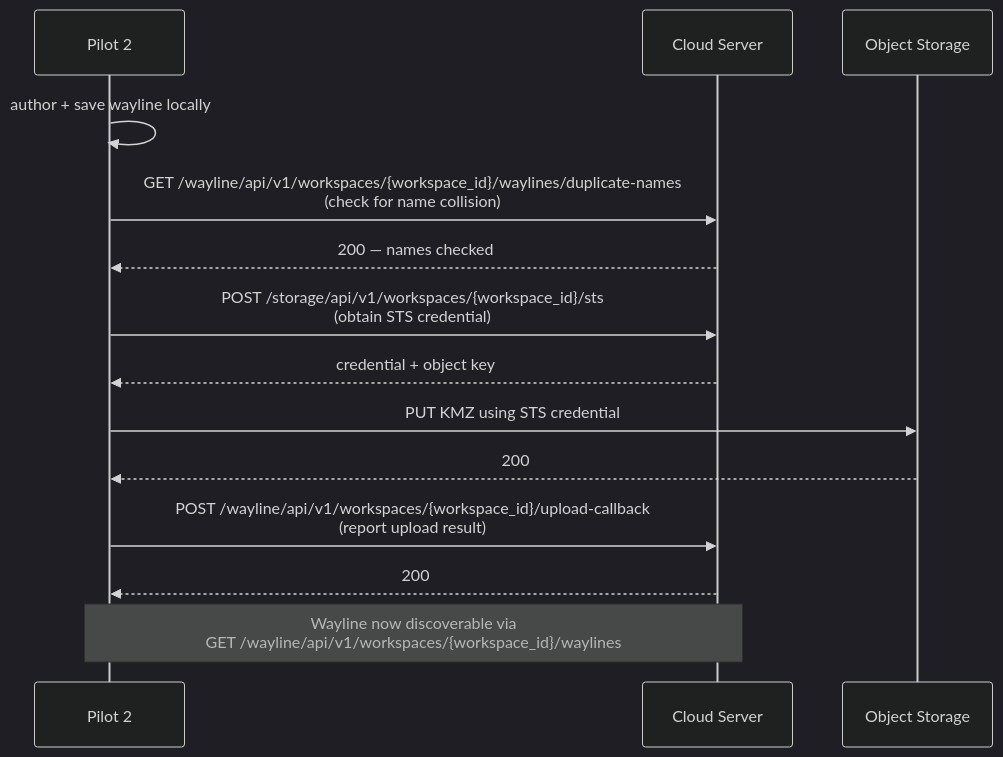
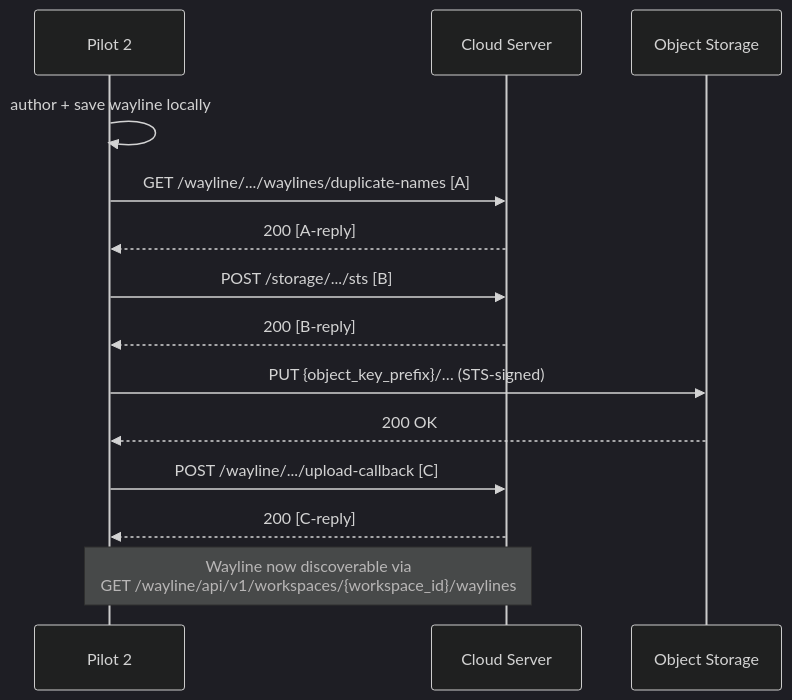
Before and after one commit to larry-watkins-wps/DJI-docs-master: the first of 3 diagrams in master-docs/workflows/wayline-upload-and-execution.md, drawn with Mermaid (dark theme). The commit also changed other lines of this file and 10 other files, not shown here.

First line of the commit message:
docs: beautify workflow mermaid diagrams with separate JSON payload blocks

````diff
--- a/master-docs/workflows/wayline-upload-and-execution.md
+++ b/master-docs/workflows/wayline-upload-and-execution.md
@@ -42,17 +42,17 @@
 ```mermaid
 sequenceDiagram
     participant pilot as Pilot 2
     participant cloud as Cloud Server
     participant oss as Object Storage
 
     pilot ->> pilot: author + save wayline locally
-    pilot ->> cloud: GET /wayline/api/v1/workspaces/{workspace_id}/waylines/duplicate-names<br/>(check for name collision)
-    cloud -->> pilot: 200 — names checked
-    pilot ->> cloud: POST /storage/api/v1/workspaces/{workspace_id}/sts<br/>(obtain STS credential)
-    cloud -->> pilot: credential + object key
-    pilot ->> oss: PUT KMZ using STS credential
-    oss -->> pilot: 200
-    pilot ->> cloud: POST /wayline/api/v1/workspaces/{workspace_id}/upload-callback<br/>(report upload result)
-    cloud -->> pilot: 200
+    pilot ->> cloud: GET /wayline/.../waylines/duplicate-names   [A]
+    cloud -->> pilot: 200   [A-reply]
+    pilot ->> cloud: POST /storage/.../sts   [B]
+    cloud -->> pilot: 200   [B-reply]
+    pilot ->> oss: PUT {object_key_prefix}/… (STS-signed)
+    oss -->> pilot: 200 OK
+    pilot ->> cloud: POST /wayline/.../upload-callback   [C]
+    cloud -->> pilot: 200   [C-reply]
     note over pilot,cloud: Wayline now discoverable via<br/>GET /wayline/api/v1/workspaces/{workspace_id}/waylines
 ```
````
